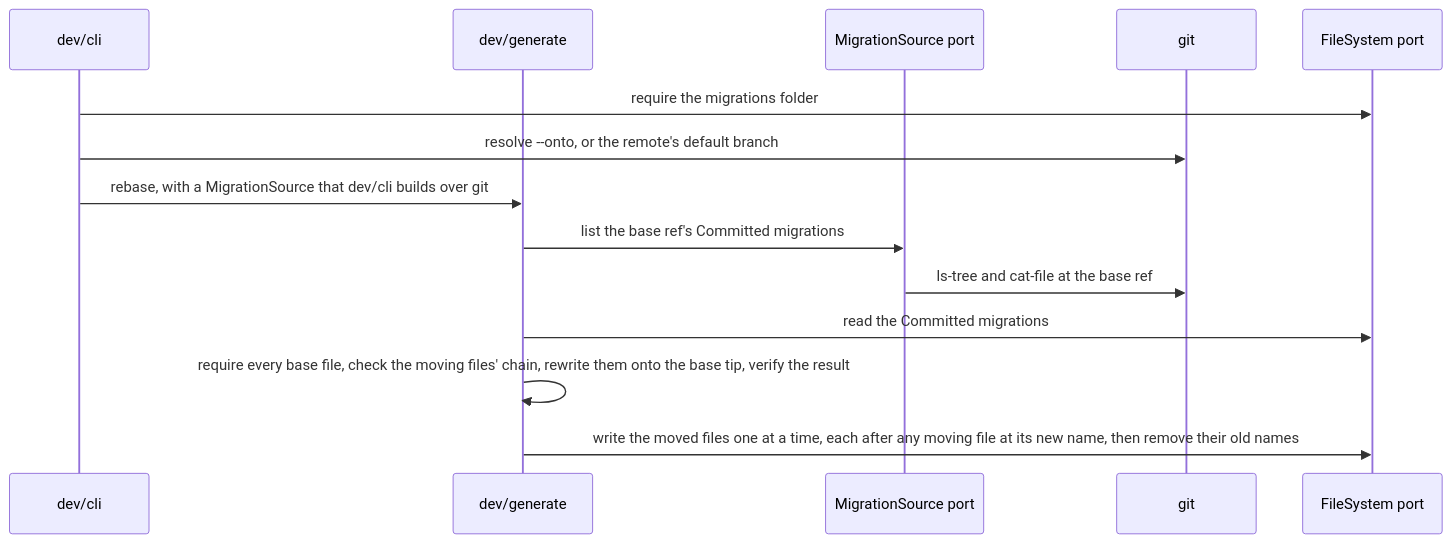
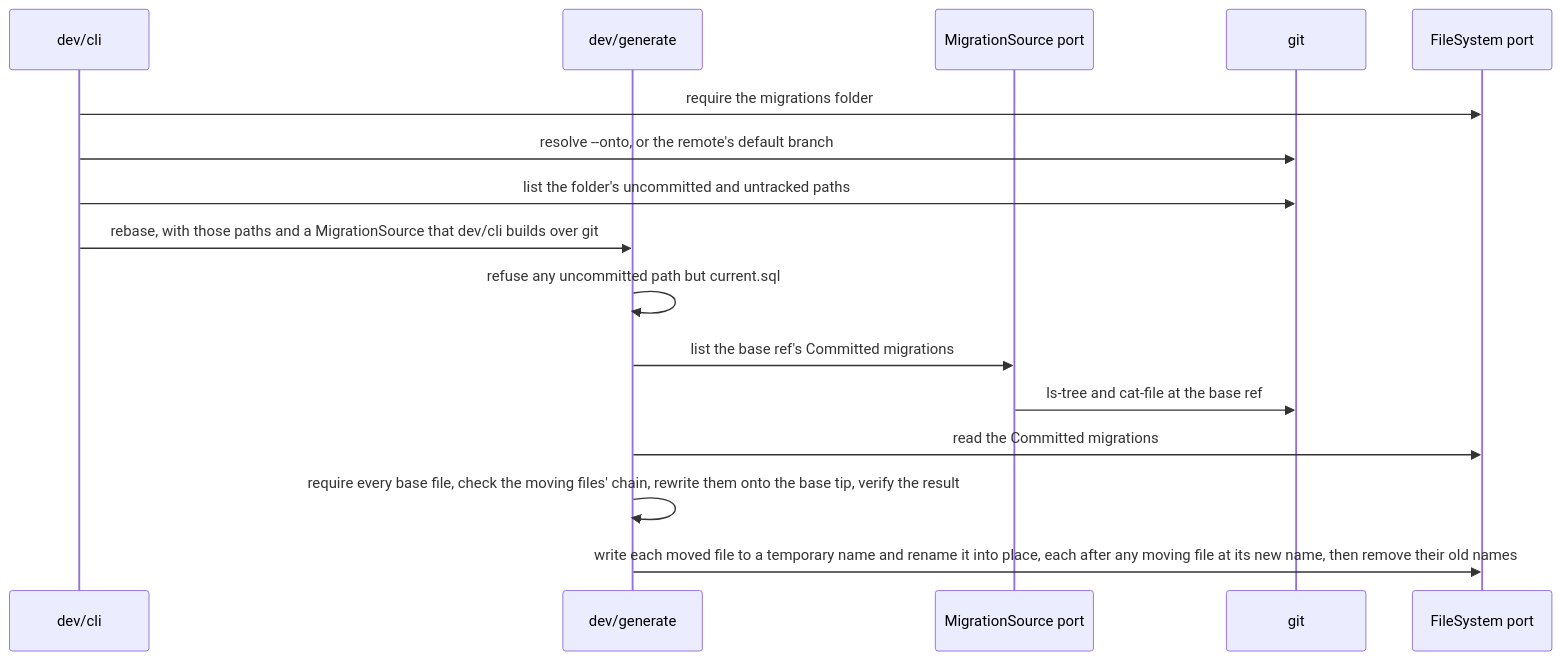
Before and after one commit to smonn/db: the ninth of 9 diagrams in docs/architecture.md, drawn with Mermaid. The commit also changed other lines of this file and 12 other files, not shown here.

````diff
--- a/docs/architecture.md
+++ b/docs/architecture.md
@@ -216,17 +216,19 @@
 ```mermaid
 sequenceDiagram
   participant CLI as dev/cli
   participant Gen as dev/generate
   participant Src as MigrationSource port
   participant Git as git
   participant FS as FileSystem port
 
   CLI->>FS: require the migrations folder
   CLI->>Git: resolve --onto, or the remote's default branch
-  CLI->>Gen: rebase, with a MigrationSource that dev/cli builds over git
+  CLI->>Git: list the folder's uncommitted and untracked paths
+  CLI->>Gen: rebase, with those paths and a MigrationSource that dev/cli builds over git
+  Gen->>Gen: refuse any uncommitted path but current.sql
   Gen->>Src: list the base ref's Committed migrations
   Src->>Git: ls-tree and cat-file at the base ref
   Gen->>FS: read the Committed migrations
   Gen->>Gen: require every base file, check the moving files' chain, rewrite them onto the base tip, verify the result
-  Gen->>FS: write the moved files one at a time, each after any moving file at its new name, then remove their old names
+  Gen->>FS: write each moved file to a temporary name and rename it into place, each after any moving file at its new name, then remove their old names
 ```
````
